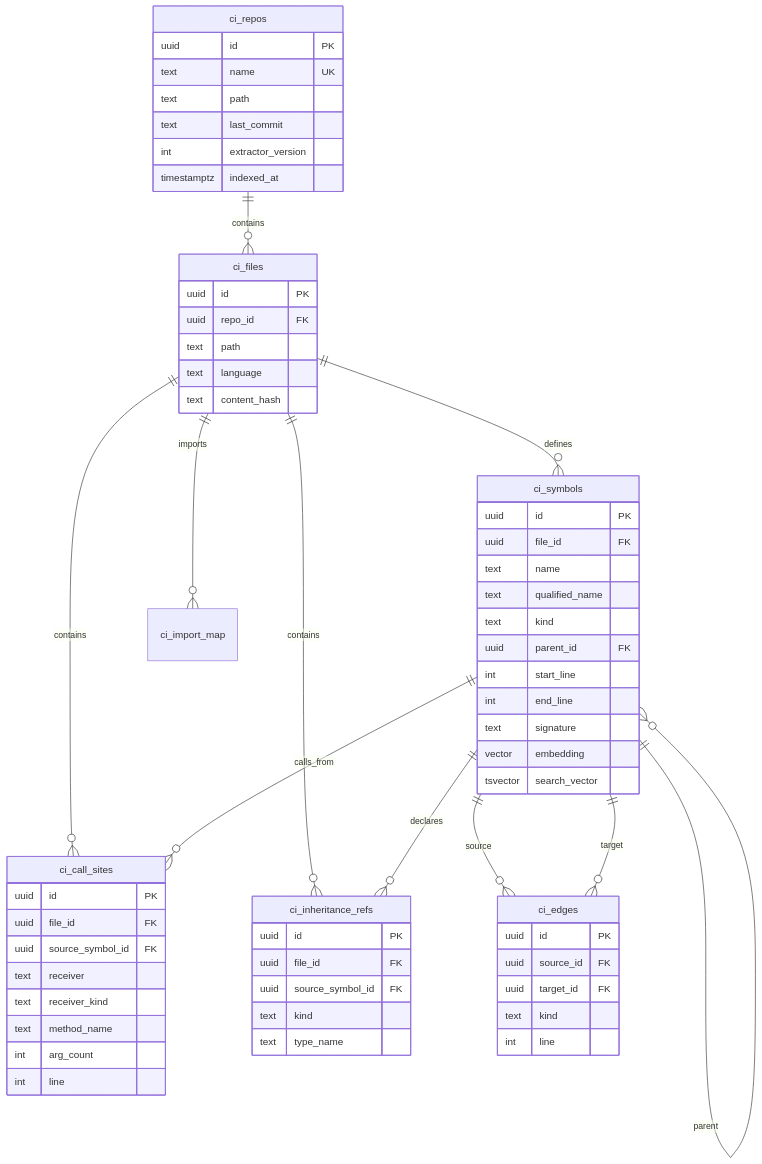
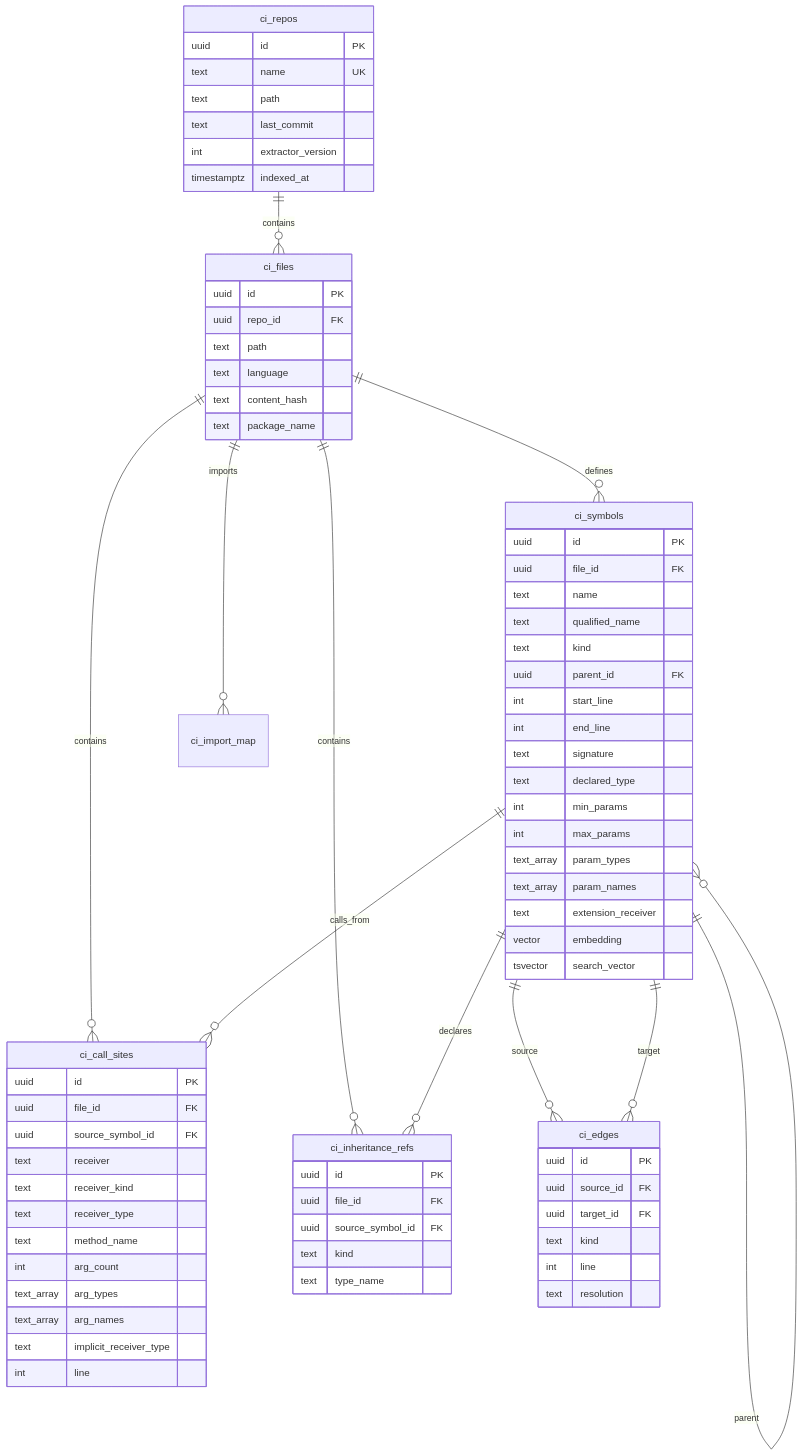
One commit to RuneLind/yggdrasil changed the third of 4 diagrams in README.md. Above: the diagram before and after it, drawn with Mermaid. The commit also changed other lines of this file and 33 other files, not shown here.

```diff
--- a/README.md
+++ b/README.md
@@ -101,6 +101,7 @@
         text path
         text language
         text content_hash
+        text package_name
     }
 
     ci_symbols {
@@ -113,6 +114,12 @@
         int start_line
         int end_line
         text signature
+        text declared_type
+        int min_params
+        int max_params
+        text_array param_types
+        text_array param_names
+        text extension_receiver
         vector embedding
         tsvector search_vector
     }
@@ -123,6 +130,7 @@
         uuid target_id FK
         text kind
         int line
+        text resolution
     }
 
     ci_call_sites {
@@ -131,8 +139,12 @@
         uuid source_symbol_id FK
         text receiver
         text receiver_kind
+        text receiver_type
         text method_name
         int arg_count
+        text_array arg_types
+        text_array arg_names
+        text implicit_receiver_type
         int line
     }
 
```
